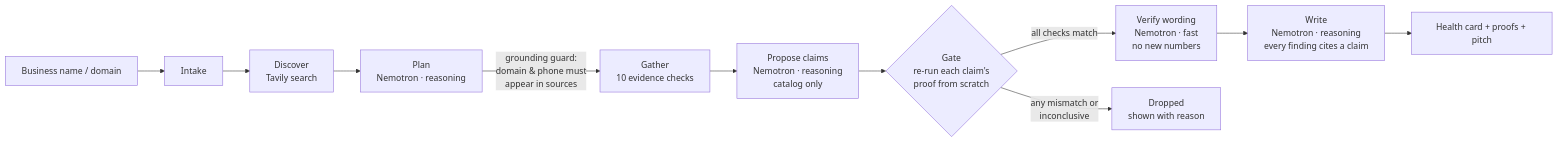
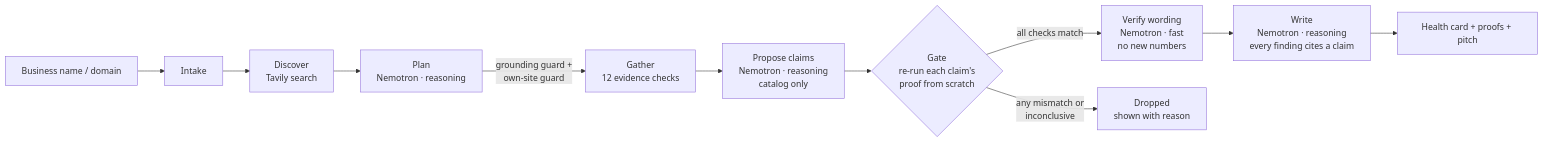
Before and after one commit to jpalii77/proofline: the diagram in README.md, drawn with Mermaid. The commit also changed other lines of this file, not shown here.

Commit message:
README: own-site checks, platform list, Kuzey Kafe sample

````diff
--- a/README.md
+++ b/README.md
@@ -37,13 +37,13 @@
 ```mermaid
 flowchart LR
     Q[Business name / domain] --> I[Intake]
     I --> D[Discover<br/>Tavily search]
     D --> P[Plan<br/>Nemotron · reasoning]
-    P -->|grounding guard:<br/>domain & phone must<br/>appear in sources| G[Gather<br/>10 evidence checks]
+    P -->|grounding guard +<br/>own-site guard| G[Gather<br/>12 evidence checks]
     G --> C[Propose claims<br/>Nemotron · reasoning<br/>catalog only]
     C --> GATE{Gate<br/>re-run each claim's<br/>proof from scratch}
     GATE -->|all checks match| V[Verify wording<br/>Nemotron · fast<br/>no new numbers]
     GATE -->|any mismatch or<br/>inconclusive| X[Dropped<br/>shown with reason]
     V --> W[Write<br/>Nemotron · reasoning<br/>every finding cites a claim]
     W --> R[Health card + proofs + pitch]
 ```
````
